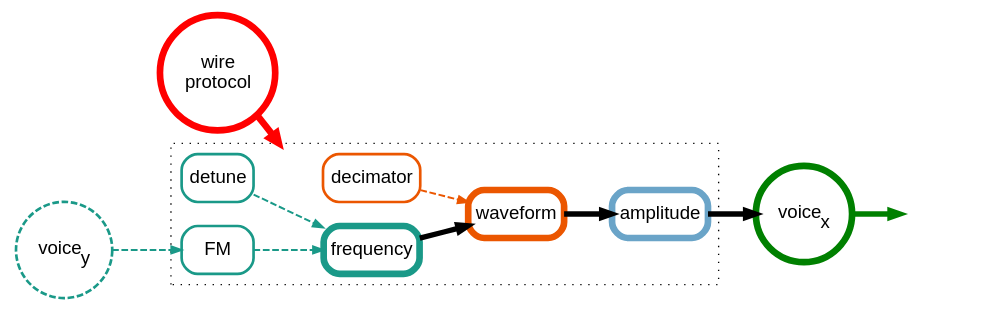
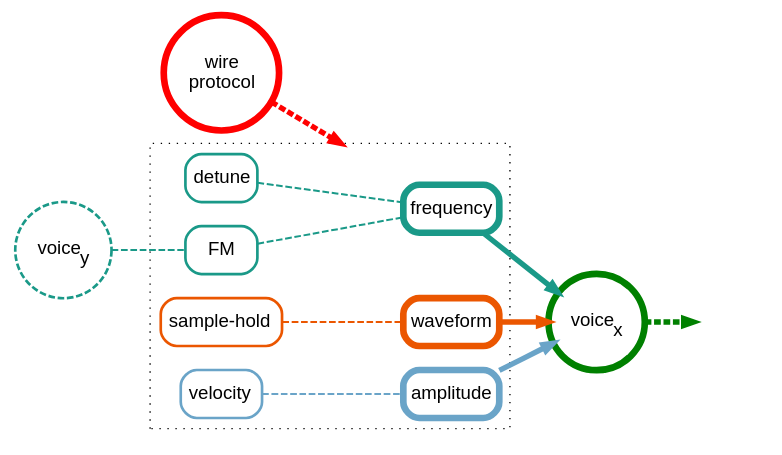
One commit to octetta/exsynthia changed the diagram in voice.md. Above: the diagram before and after it, drawn with Graphviz. The commit also changed 2 other files, not shown here.

Commit message:
Work on latency. Improve voice diagram Make plot show max,min points

````diff
--- a/voice.md
+++ b/voice.md
@@ -2,41 +2,35 @@
 ```graphviz
 digraph {
     compound=true;
     graph [compound=true];
     rankdir=LR;
-    
     node [margin=0.08 fontname="Arial", fixedsize=false, penwidth=2];
     edge [penwidth=1.5; arrowsize=.75; minlen=1.9];
-
     wp [label=<wire<br/>protocol>, shape=circle, penwidth=5, color=red];
-
     subgraph cluster_0 {
         style=dotted
 
         frequency [label=<frequency> shape=box, style=rounded, color="#1a9988", penwidth=5];
         waveform  [label=<waveform>  shape=box, style=rounded, color="#eb5600", penwidth=5];
         amplitude [label=<amplitude> shape=box, style=rounded, color="#6aa4c8", penwidth=5];
-
-        frequency -> waveform [penwidth=4];
-        waveform -> amplitude [penwidth=4];
-
-        sh [label=<decimator>, shape=box, style=rounded, color="#eb5600"];
-        sh -> waveform [style=dashed, color="#eb5600"];
-
+        
+        vel [label=<velocity >, shape=box, style=rounded, color="#6aa4c8"];
+        sh [label=<sample-hold >, shape=box, style=rounded, color="#eb5600"];
+        sh -> waveform [style=dashed, color="#eb5600", dir=none];
         dt [label=<detune>, shape=box, style=rounded, color="#1a9988"];
-        dt -> frequency [style=dashed, color="#1a9988"];
+        dt -> frequency [style=dashed, color="#1a9988", dir=none];
         fm [label="FM", shape=box, style=rounded, color="#1a9988"]
-        fm -> frequency [style=dashed, color="#1a9988"];
+        fm -> frequency [style=dashed, color="#1a9988", dir=none];
+        vel -> amplitude [style=dashed, color="#6aa4c8", dir=none];
     }
-
     voice [label=<voice<sub>x</sub>>, shape=circle, penwidth=5, color=green];
     modf [label=<voice<sub>y</sub>>, style=dashed, shape=circle, color="#1a9988"];
     out [label=<>, shape=none];
-
-    wp -> frequency [lhead="cluster_0", penwidth=5, color=red];
-
-    modf -> fm [style=dashed, color="#1a9988"];
-    amplitude -> voice [penwidth=4];
-    voice -> out [penwidth=4, color=green];
+    wp -> frequency [lhead="cluster_0", penwidth=4, color=red, label="            ", style=dashed];
+    modf -> fm [style=dashed, color="#1a9988", dir=none];
+    amplitude -> voice [penwidth=4 color="#6aa4c8"];
+    waveform -> voice [penwidth=4, color="#eb5600"];
+    frequency -> voice [penwidth=4, color="#1a9988"];
+    voice -> out [penwidth=4, color=green, style=dashed];
 }
 ```
````
